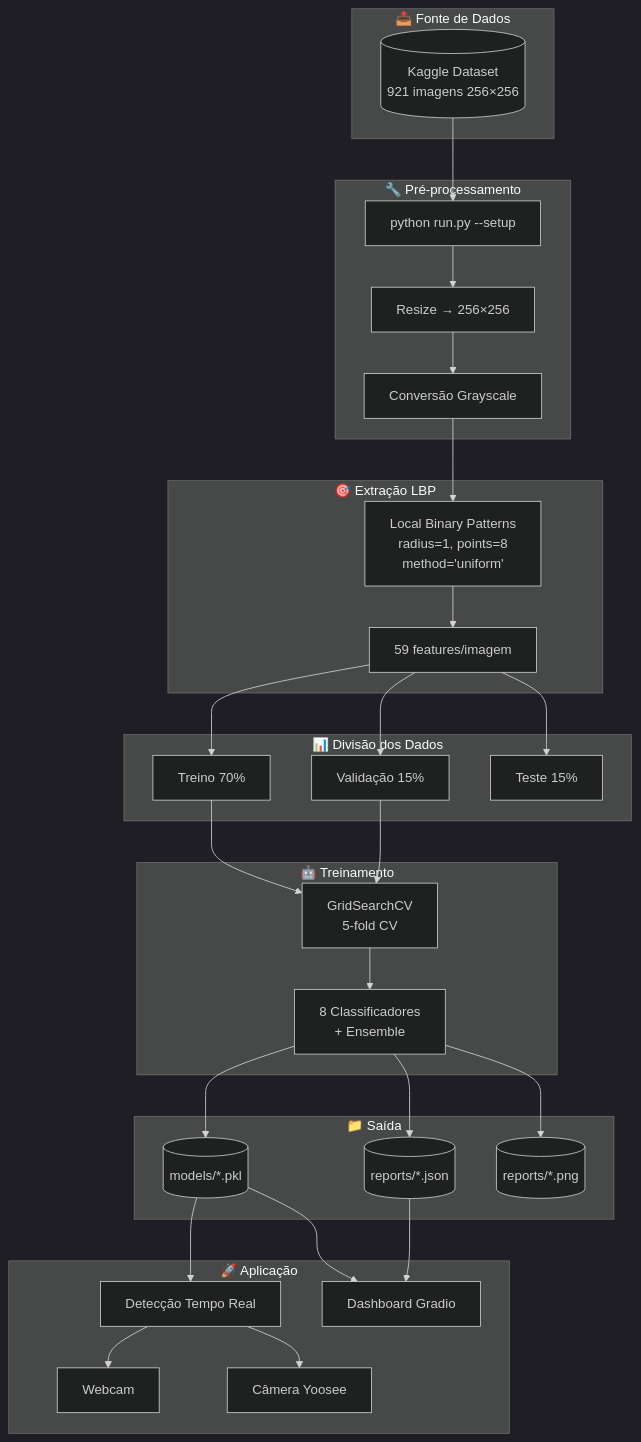
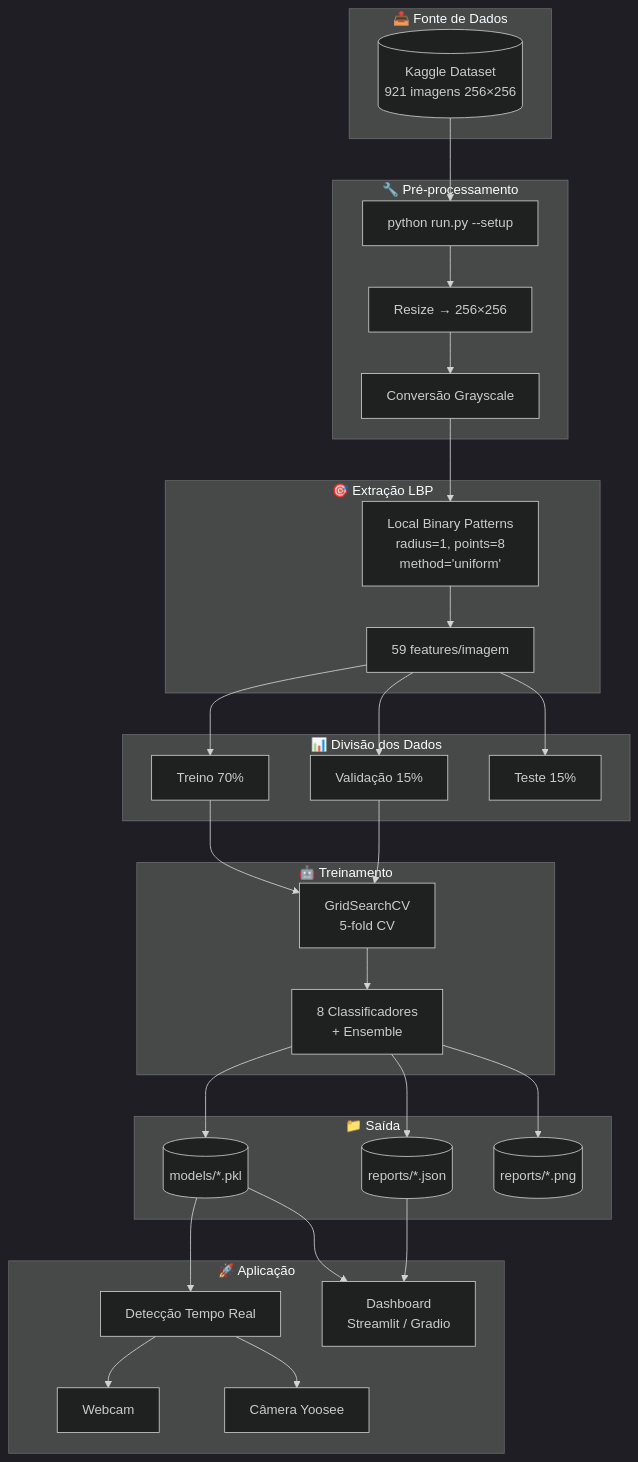
Before and after one commit to cavalcanteprofissional/human_recognition: the diagram in README.md, drawn with Mermaid (dark theme). The commit also changed other lines of this file, not shown here.

Commit message:
Update flowchart to include Streamlit/Gradio, remove duplicate ASCII flow

````diff
--- a/README.md
+++ b/README.md
@@ -85,56 +56,56 @@
 ```mermaid
 flowchart TB
     subgraph FONTE["📥 Fonte de Dados"]
         KAGGLE[("Kaggle Dataset<br/>921 imagens 256×256")]
     end
 
     subgraph PREP["🔧 Pré-processamento"]
         DOWNLOAD["python run.py --setup"]
         RESIZE["Resize → 256×256"]
         GRAY["Conversão Grayscale"]
     end
 
     subgraph FEATURES["🎯 Extração LBP"]
         LBP["Local Binary Patterns<br/>radius=1, points=8<br/>method='uniform'"]
         FEAT["59 features/imagem"]
     end
 
     subgraph SPLIT["📊 Divisão dos Dados"]
         TRAIN["Treino 70%"]
         VAL["Validação 15%"]
         TEST["Teste 15%"]
     end
 
     subgraph TRAINING["🤖 Treinamento"]
         GRID["GridSearchCV<br/>5-fold CV"]
         MODELS["8 Classificadores<br/>+ Ensemble"]
     end
 
     subgraph OUTPUT["📁 Saída"]
         PKL[("models/*.pkl")]
         JSON[("reports/*.json")]
         PNG[("reports/*.png")]
     end
 
     subgraph APP["🚀 Aplicação"]
         DETECT["Detecção Tempo Real"]
         WEBCAM["Webcam"]
         YOOSEE["Câmera Yoosee"]
-        DASH["Dashboard Gradio"]
+        DASH["Dashboard<br/>Streamlit / Gradio"]
     end
 
     KAGGLE --> DOWNLOAD
     DOWNLOAD --> RESIZE
     RESIZE --> GRAY
     GRAY --> LBP
     LBP --> FEAT
     FEAT --> TRAIN & VAL & TEST
     TRAIN --> GRID
     VAL --> GRID
     GRID --> MODELS
     MODELS --> PKL & JSON & PNG
     PKL --> DETECT
     DETECT --> WEBCAM & YOOSEE
     JSON --> DASH
     PKL --> DASH
 ```
````
